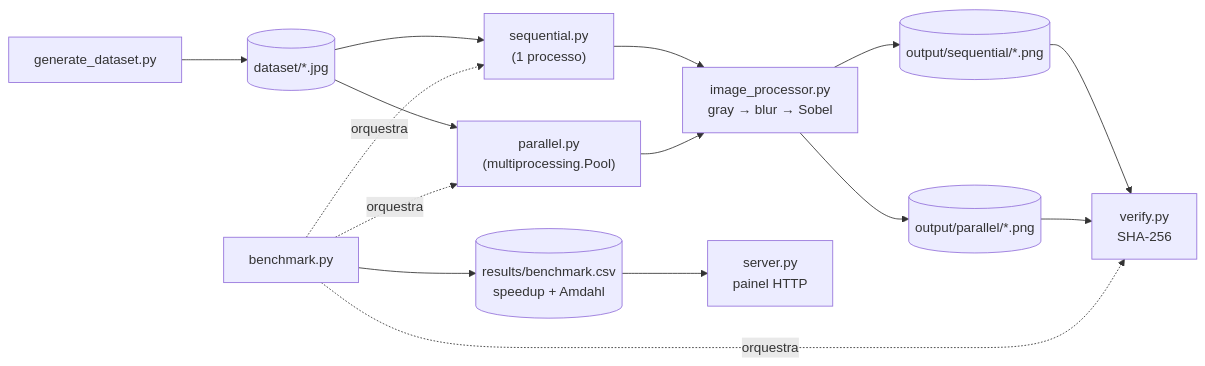
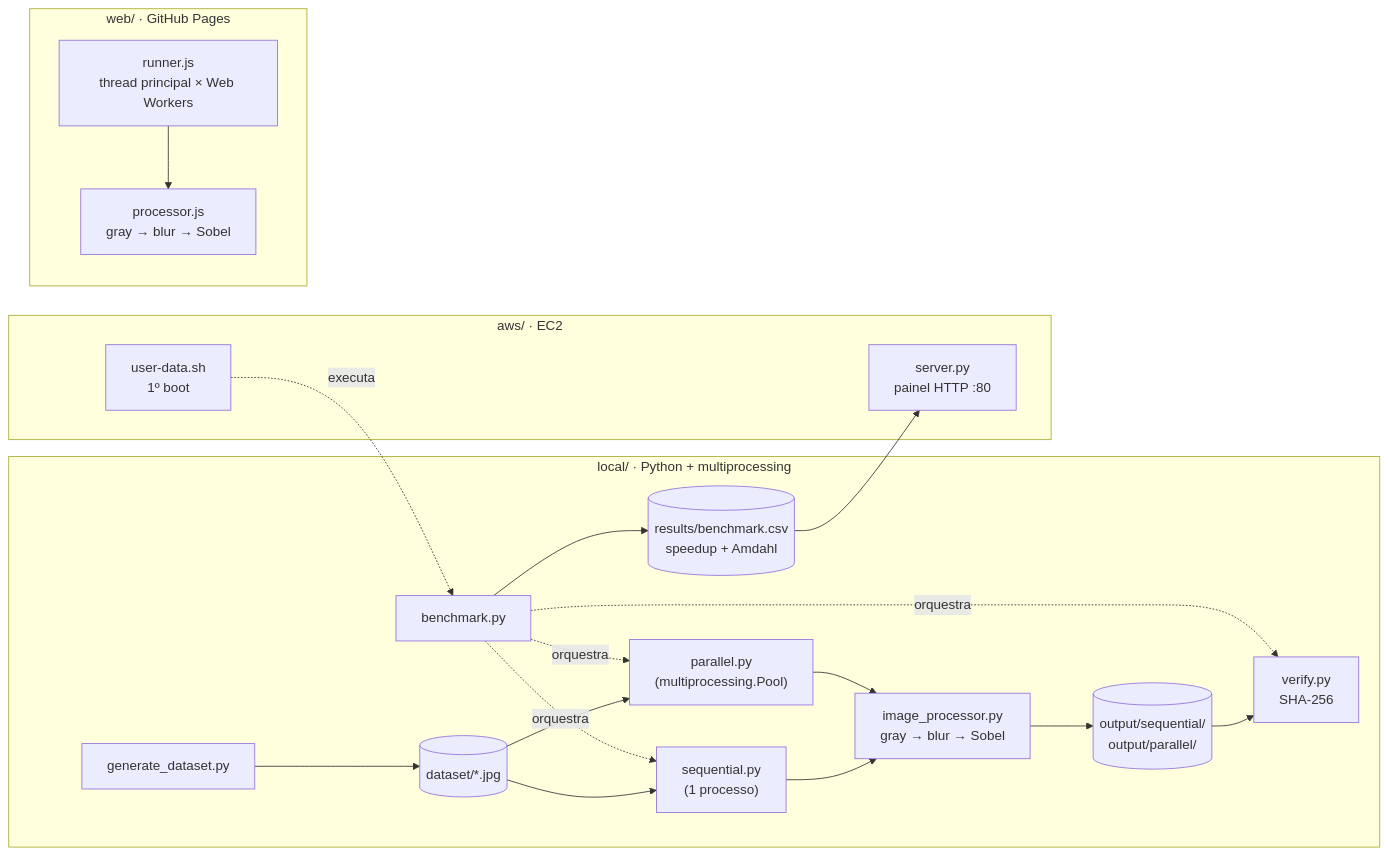
Before and after one commit to lianeheidemann/parallel-image-pipeline: the diagram in README.md, drawn with Mermaid. The commit also changed other lines of this file and 33 other files, not shown here.

First line of the commit message:
Reorganize repository into local/, web/ and aws/

````diff
--- a/README.md
+++ b/README.md
@@ -30,22 +30,23 @@
 ```mermaid
 flowchart LR
-    GEN["generate_dataset.py"] --> DS[("dataset/*.jpg")]
-
-    DS --> SEQ["sequential.py\n(1 processo)"]
-    DS --> PAR["parallel.py\n(multiprocessing.Pool)"]
-
-    SEQ --> IP["image_processor.py\ngray → blur → Sobel"]
-    PAR --> IP
-
-    IP --> OUT_SEQ[("output/sequential/*.png")]
-    IP --> OUT_PAR[("output/parallel/*.png")]
-
-    OUT_SEQ --> VER["verify.py\nSHA-256"]
-    OUT_PAR --> VER
-
-    BENCH["benchmark.py"] -.orquestra.-> SEQ
-    BENCH -.orquestra.-> PAR
-    BENCH -.orquestra.-> VER
-    BENCH --> CSV[("results/benchmark.csv\nspeedup + Amdahl")]
-    CSV --> SRV["server.py\npainel HTTP"]
+    subgraph LOCAL["local/ · Python + multiprocessing"]
+        GEN["generate_dataset.py"] --> DS[("dataset/*.jpg")]
+        DS --> SEQ["sequential.py\n(1 processo)"]
+        DS --> PAR["parallel.py\n(multiprocessing.Pool)"]
+        SEQ --> IP["image_processor.py\ngray → blur → Sobel"]
+        PAR --> IP
+        IP --> OUT[("output/sequential/\noutput/parallel/")]
+        OUT --> VER["verify.py\nSHA-256"]
+        BENCH["benchmark.py"] -.orquestra.-> SEQ
+        BENCH -.orquestra.-> PAR
+        BENCH -.orquestra.-> VER
+        BENCH --> CSV[("results/benchmark.csv\nspeedup + Amdahl")]
+    end
+    subgraph AWS["aws/ · EC2"]
+        UD["user-data.sh\n1º boot"] -.executa.-> BENCH
+        CSV --> SRV["server.py\npainel HTTP :80"]
+    end
+    subgraph WEB["web/ · GitHub Pages"]
+        RUN["runner.js\nthread principal × Web Workers"] --> WP["processor.js\ngray → blur → Sobel"]
+    end
 ```
````
